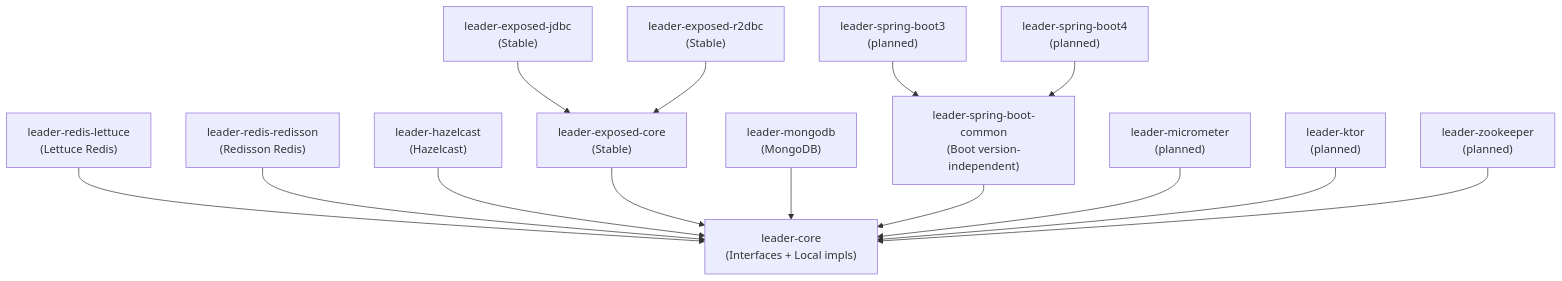
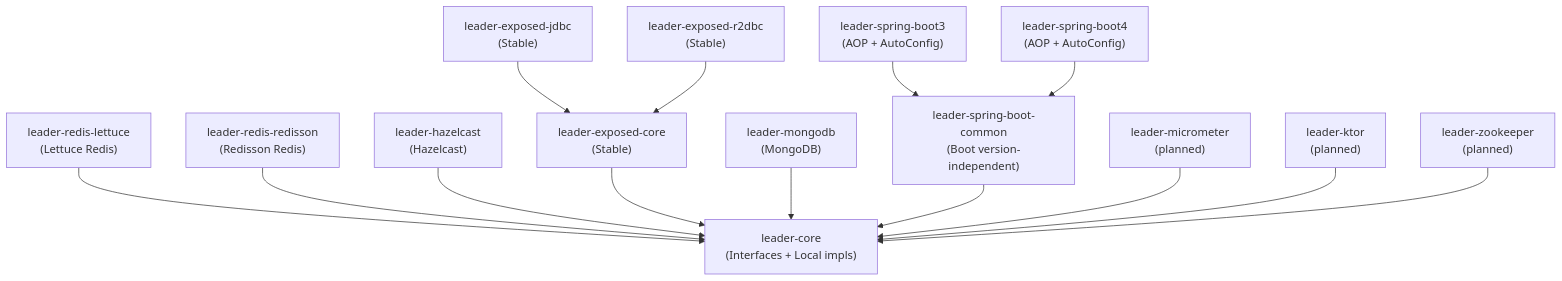
The first of 3 diagrams in README.md (bluetape4k/bluetape4k-leader), drawn with Mermaid before and after one commit. The commit also changed other lines of this file and 68 other files, not shown here.

First line of the commit message:
feat: #41 leader-aop — @LeaderElection / @LeaderGroupElection AOP 어노테이션 + Spring Boot 3/4 AutoConfig (#86)

````diff
--- a/README.md
+++ b/README.md
@@ -25,31 +25,31 @@
 ```mermaid
 graph TD
     Core["leader-core\n(Interfaces + Local impls)"]
     Lettuce["leader-redis-lettuce\n(Lettuce Redis)"]
     Redisson["leader-redis-redisson\n(Redisson Redis)"]
     Hazelcast["leader-hazelcast\n(Hazelcast)"]
     ExposedCore["leader-exposed-core\n(Stable)"]
     ExposedJdbc["leader-exposed-jdbc\n(Stable)"]
     ExposedR2dbc["leader-exposed-r2dbc\n(Stable)"]
     Mongo["leader-mongodb\n(MongoDB)"]
     SBCommon["leader-spring-boot-common\n(Boot version-independent)"]
-    SB3["leader-spring-boot3\n(planned)"]
-    SB4["leader-spring-boot4\n(planned)"]
+    SB3["leader-spring-boot3\n(AOP + AutoConfig)"]
+    SB4["leader-spring-boot4\n(AOP + AutoConfig)"]
     Metrics["leader-micrometer\n(planned)"]
     Ktor["leader-ktor\n(planned)"]
     ZK["leader-zookeeper\n(planned)"]
 
     Lettuce --> Core
     Redisson --> Core
     Hazelcast --> Core
     ExposedCore --> Core
     ExposedJdbc --> ExposedCore
     ExposedR2dbc --> ExposedCore
     Mongo --> Core
     SBCommon --> Core
     SB3 --> SBCommon
     SB4 --> SBCommon
     Metrics --> Core
     Ktor --> Core
     ZK --> Core
 ```
````
